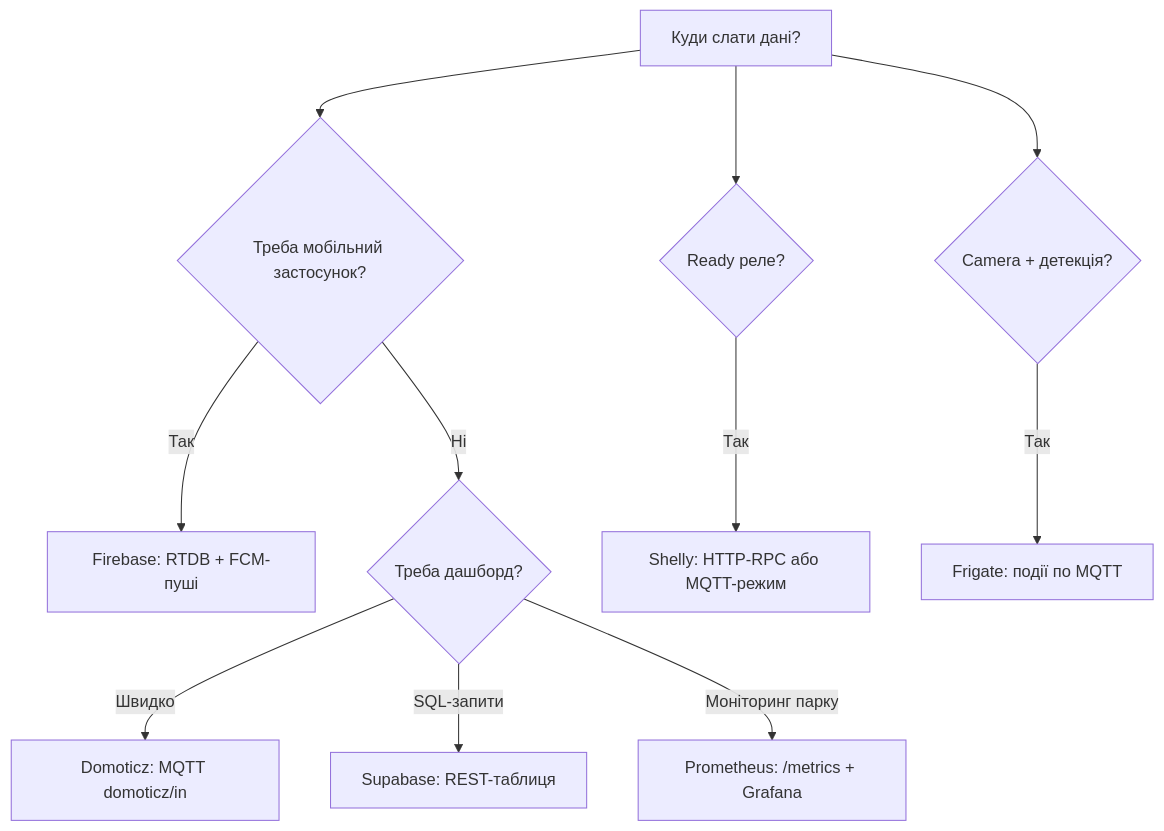
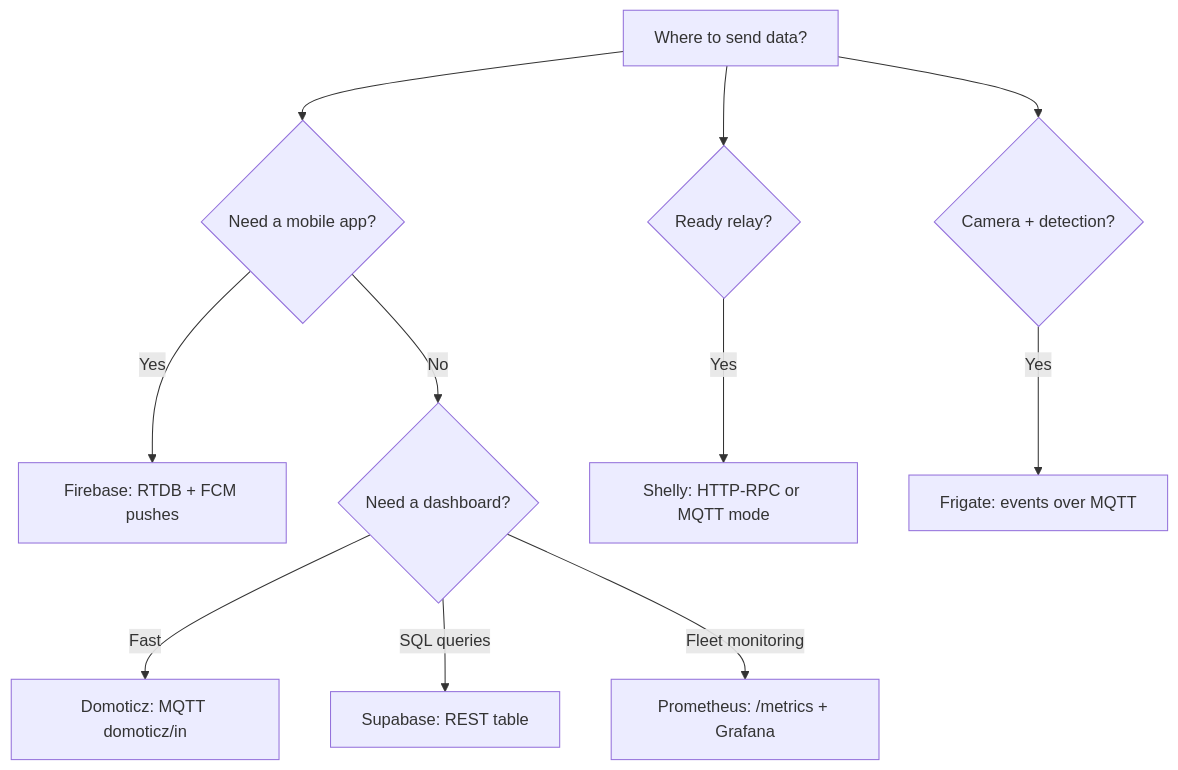
One commit to ksalab/embedded-reference changed the diagram in obsidian_vault/ESP32-Reference/EN/15-Protocols/04-RTSP-Stream.en.md. Above: the diagram before and after it, drawn with Mermaid. The commit also changed other lines of this file and 76 other files, not shown here.

````diff
--- a/obsidian_vault/ESP32-Reference/EN/15-Protocols/04-RTSP-Stream.en.md
+++ b/obsidian_vault/ESP32-Reference/EN/15-Protocols/04-RTSP-Stream.en.md
@@ -36,13 +36,13 @@
 ```mermaid
 flowchart TB
-    Q[Куди слати дані?] --> APP{Треба мобільний застосунок?}
-    APP -->|Так| FB[Firebase: RTDB + FCM-пуші]
-    APP -->|Ні| DASH{Треба дашборд?}
-    DASH -->|Швидко| DOM[Domoticz: MQTT domoticz/in]
-    DASH -->|SQL-запити| SUP[Supabase: REST-таблиця]
-    DASH -->|Моніторинг парку| PROM[Prometheus: /metrics + Grafana]
-    Q --> ACT{Ready реле?}
-    ACT -->|Так| SH[Shelly: HTTP-RPC або MQTT-режим]
-    Q --> CAM{Camera + детекція?}
-    CAM -->|Так| FR[Frigate: події по MQTT]
+    Q[Where to send data?] --> APP{Need a mobile app?}
+    APP -->|Yes| FB[Firebase: RTDB + FCM pushes]
+    APP -->|No| DASH{Need a dashboard?}
+    DASH -->|Fast| DOM[Domoticz: MQTT domoticz/in]
+    DASH -->|SQL queries| SUP[Supabase: REST table]
+    DASH -->|Fleet monitoring| PROM[Prometheus: /metrics + Grafana]
+    Q --> ACT{Ready relay?}
+    ACT -->|Yes| SH[Shelly: HTTP-RPC or MQTT mode]
+    Q --> CAM{Camera + detection?}
+    CAM -->|Yes| FR[Frigate: events over MQTT]
 ```
````
